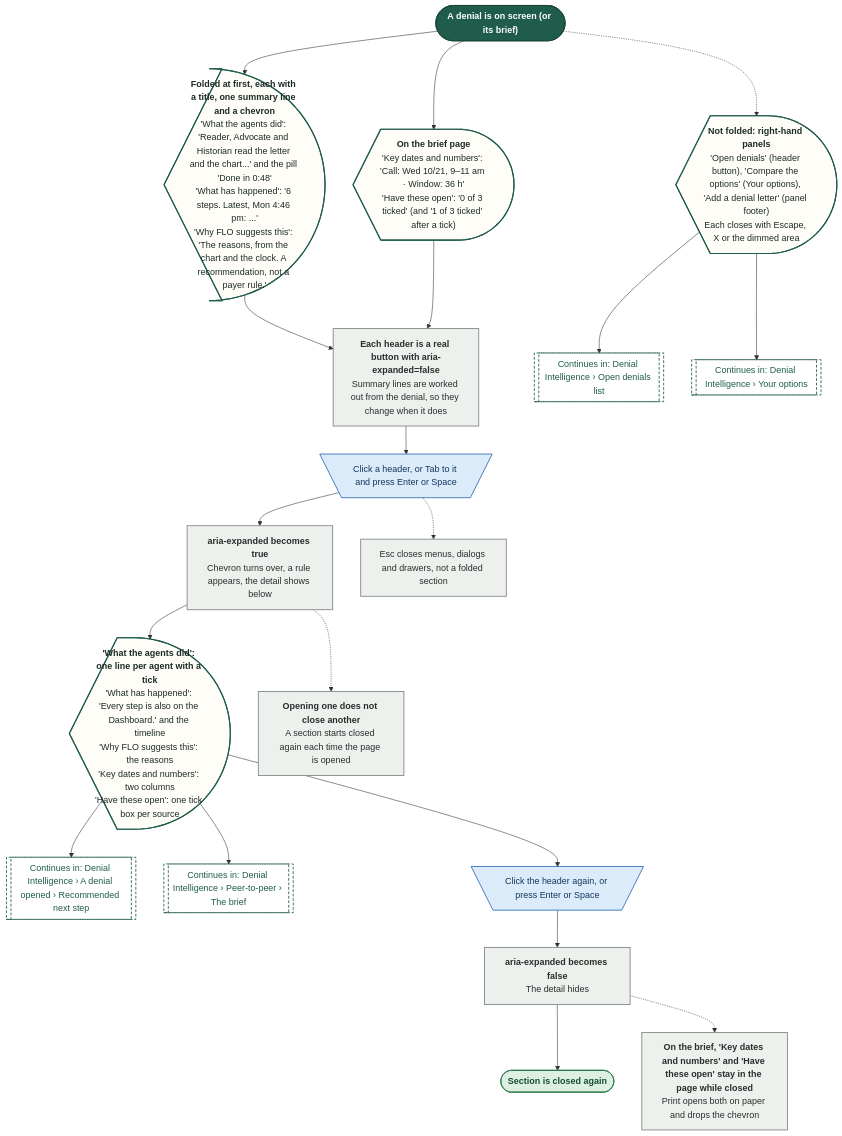
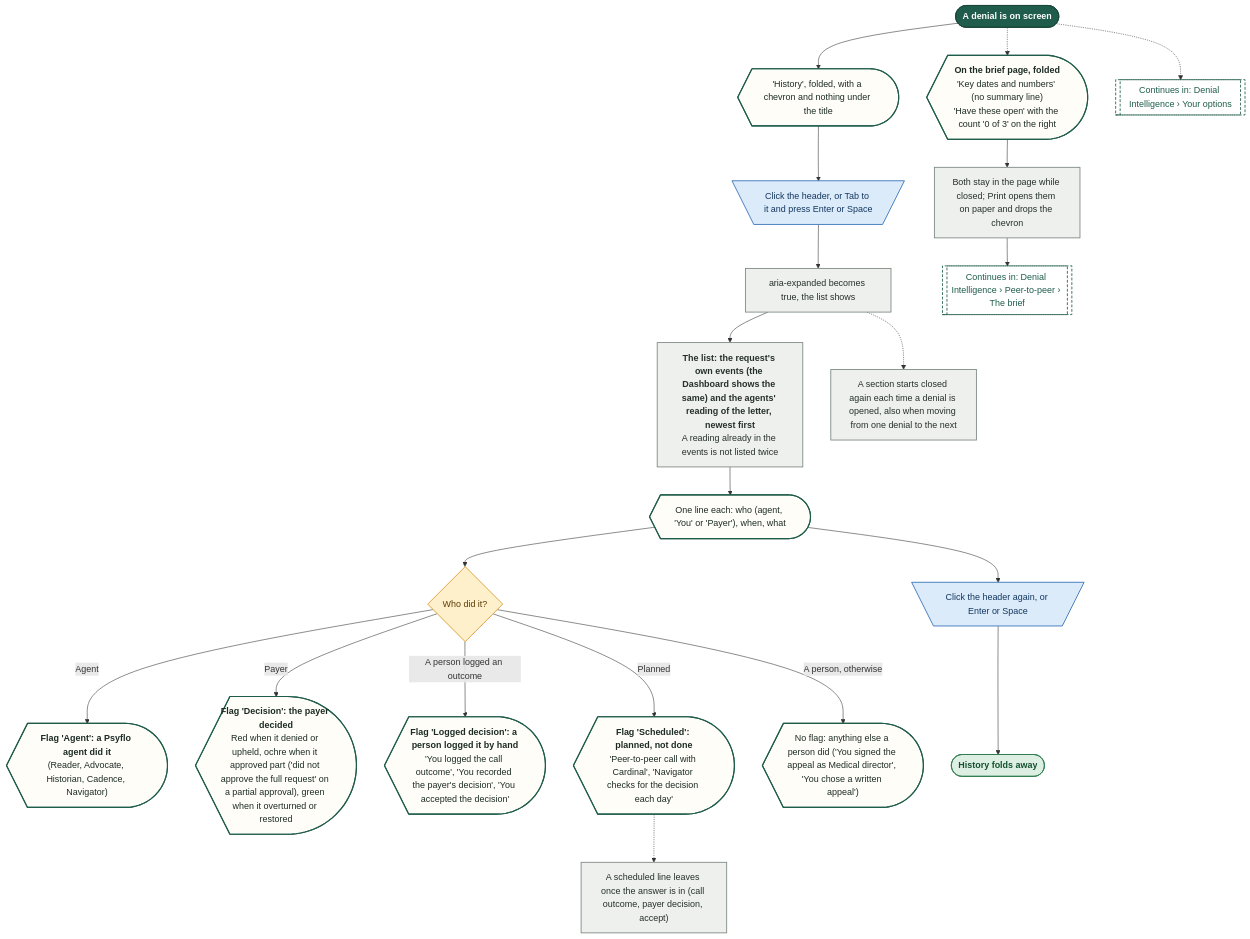
Diagram 16 of 28 in demos/prior-auth-demo/workflows/out/md/06-denials.md (Shrav143/psyfloapp), drawn with Mermaid before and after one commit. The commit also changed other lines of this file and 202 other files, not shown here.

First line of the commit message:
docs: round 6 README, CONVENTIONS, spec section 17, diagram module blurbs and 336 rebuilt diagrams

````diff
--- a/demos/prior-auth-demo/workflows/out/md/06-denials.md
+++ b/demos/prior-auth-demo/workflows/out/md/06-denials.md
@@ -1281,57 +1156,58 @@
 ```mermaid
 %%{init: {"theme":"base","themeVariables":{"fontFamily":"'DM Sans', 'Segoe UI', system-ui, sans-serif","fontSize":"15px","lineColor":"#5B6B63","primaryTextColor":"#1C2B25","clusterBkg":"#FBF8F3","clusterBorder":"#D9CDBB","edgeLabelBackground":"#FFFFFF"},"flowchart":{"curve":"basis","nodeSpacing":36,"rankSpacing":48,"padding":12,"htmlLabels":true,"useMaxWidth":false,"wrappingWidth":230}} }%%
 flowchart TD
   classDef k_start fill:#1F5C4B,stroke:#174638,color:#FFFFFF,stroke-width:1.5px,font-weight:600
   classDef k_end fill:#DDEFE3,stroke:#2E7D4F,color:#14502F,stroke-width:1.5px,font-weight:600
   classDef k_endx fill:#FBE3E0,stroke:#C0392B,color:#7A1F16,stroke-width:1.5px,font-weight:600
   classDef k_screen fill:#FFFDF8,stroke:#1F5C4B,color:#1C2B25,stroke-width:2px
   classDef k_overlay fill:#F1F7F3,stroke:#1F5C4B,color:#1C2B25,stroke-width:2px,stroke-dasharray:5 3
   classDef k_click fill:#DCEBFA,stroke:#2F6DB5,color:#12365F,stroke-width:1.5px
   classDef k_input fill:#E4E7FF,stroke:#4C5FD5,color:#1D2670,stroke-width:1.5px
   classDef k_process fill:#EEF0EE,stroke:#7A857F,color:#26302B,stroke-width:1.5px
   classDef k_agent fill:#EEE5FA,stroke:#7A4FC2,color:#341A63,stroke-width:1.5px
   classDef k_decision fill:#FFF0CC,stroke:#D9962B,color:#5C3B00,stroke-width:1.5px
   classDef k_store fill:#D5F0EA,stroke:#1C8E7B,color:#0B4A3F,stroke-width:1.5px
   classDef k_doc fill:#F6E9DC,stroke:#B07A4C,color:#4A2E14,stroke-width:1.5px
   classDef k_ext fill:#FFE6D2,stroke:#E07B39,color:#6B2F06,stroke-width:1.5px
   classDef k_wait fill:#E4E8EE,stroke:#6B7C93,color:#26303D,stroke-width:1.5px
   classDef k_toast fill:#FFF9DB,stroke:#C9A400,color:#5A4A00,stroke-width:1.5px
   classDef k_goto fill:#FFFFFF,stroke:#1F5C4B,color:#1F5C4B,stroke-width:1.5px,stroke-dasharray:5 3
-  s1@{ shape: stadium, label: "A denial is on screen (or its brief)" }
-  f1@{ shape: curv-trap, label: "<b>Folded at first, each with a title, one summary line and a chevron</b><br/>'What the agents did': 'Reader, Advocate and Historian read the letter and the chart...' and the pill 'Done in 0:48'<br/>'What has happened': '6 steps. Latest, Mon 4:46 pm: ...'<br/>'Why FLO suggests this': 'The reasons, from the chart and the clock. A recommendation, not a payer rule.'" }
-  f2@{ shape: curv-trap, label: "<b>On the brief page</b><br/>'Key dates and numbers': 'Call: Wed 10/21, 9–11 am · Window: 36 h'<br/>'Have these open': '0 of 3 ticked' (and '1 of 3 ticked' after a tick)" }
-  pa@{ shape: rect, label: "<b>Each header is a real button with aria-expanded=false</b><br/>Summary lines are worked out from the denial, so they change when it does" }
-  pn@{ shape: curv-trap, label: "<b>Not folded: right-hand panels</b><br/>'Open denials' (header button), 'Compare the options' (Your options), 'Add a denial letter' (panel footer)<br/>Each closes with Escape, X or the dimmed area" }
-  g1@{ shape: subproc, label: "Continues in: Denial Intelligence › Open denials list" }
+  s1@{ shape: stadium, label: "A denial is on screen" }
+  f1@{ shape: curv-trap, label: "'History', folded, with a chevron and nothing under the title" }
+  c1@{ shape: trap-t, label: "Click the header, or Tab to it and press Enter or Space" }
+  p1@{ shape: rect, label: "aria-expanded becomes true, the list shows" }
+  pm@{ shape: rect, label: "<b>The list: the request's own events (the Dashboard shows the same) and the agents' reading of the letter, newest first</b><br/>A reading already in the events is not listed twice" }
+  h1@{ shape: curv-trap, label: "One line each: who (agent, 'You' or 'Payer'), when, what" }
+  dq@{ shape: diam, label: "Who did it?" }
+  fa@{ shape: curv-trap, label: "<b>Flag 'Agent': a Psyflo agent did it</b><br/>(Reader, Advocate, Historian, Cadence, Navigator)" }
+  fd@{ shape: curv-trap, label: "<b>Flag 'Decision': the payer decided</b><br/>Red when it denied or upheld, ochre when it approved part ('did not approve the full request' on a partial approval), green when it overturned or restored" }
+  fl@{ shape: curv-trap, label: "<b>Flag 'Logged decision': a person logged it by hand</b><br/>'You logged the call outcome', 'You recorded the payer's decision', 'You accepted the decision'" }
+  fs@{ shape: curv-trap, label: "<b>Flag 'Scheduled': planned, not done</b><br/>'Peer-to-peer call with Cardinal', 'Navigator checks for the decision each day'" }
+  fn@{ shape: curv-trap, label: "No flag: anything else a person did ('You signed the appeal as Medical director', 'You chose a written appeal')" }
+  px@{ shape: rect, label: "A scheduled line leaves once the answer is in (call outcome, payer decision, accept)" }
+  c2@{ shape: trap-t, label: "Click the header again, or Enter or Space" }
+  e1@{ shape: stadium, label: "History folds away" }
+  f2@{ shape: curv-trap, label: "<b>On the brief page, folded</b><br/>'Key dates and numbers' (no summary line)<br/>'Have these open' with the count '0 of 3' on the right" }
+  p4@{ shape: rect, label: "Both stay in the page while closed; Print opens them on paper and drops the chevron" }
+  p6@{ shape: rect, label: "A section starts closed again each time a denial is opened, also when moving from one denial to the next" }
+  g3@{ shape: subproc, label: "Continues in: Denial Intelligence › Peer-to-peer › The brief" }
   g4@{ shape: subproc, label: "Continues in: Denial Intelligence › Your options" }
-  c1@{ shape: trap-t, label: "Click a header, or Tab to it and press Enter or Space" }
-  p1@{ shape: rect, label: "<b>aria-expanded becomes true</b><br/>Chevron turns over, a rule appears, the detail shows below" }
-  d1@{ shape: curv-trap, label: "<b>'What the agents did': one line per agent with a tick</b><br/>'What has happened': 'Every step is also on the Dashboard.' and the timeline<br/>'Why FLO suggests this': the reasons<br/>'Key dates and numbers': two columns<br/>'Have these open': one tick box per source" }
-  g2@{ shape: subproc, label: "Continues in: Denial Intelligence › A denial opened › Recommended next step" }
-  g3@{ shape: subproc, label: "Continues in: Denial Intelligence › Peer-to-peer › The brief" }
-  c2@{ shape: trap-t, label: "Click the header again, or press Enter or Space" }
-  p2@{ shape: rect, label: "<b>aria-expanded becomes false</b><br/>The detail hides" }
-  p4@{ shape: rect, label: "<b>On the brief, 'Key dates and numbers' and 'Have these open' stay in the page while closed</b><br/>Print opens both on paper and drops the chevron" }
-  p5@{ shape: rect, label: "Esc closes menus, dialogs and drawers, not a folded section" }
-  p6@{ shape: rect, label: "<b>Opening one does not close another</b><br/>A section starts closed again each time the page is opened" }
-  e1@{ shape: stadium, label: "Section is closed again" }
-  s1 --> f1 --> pa
-  s1 --> f2 --> pa
-  s1 -.-> pn
-  pn --> g1
-  pn --> g4
-  pa --> c1 --> p1
-  p1 --> d1
-  d1 --> g2
-  d1 --> g3
-  d1 --> c2 --> p2 --> e1
-  p2 -.-> p4
+  s1 --> f1 --> c1 --> p1 --> pm --> h1 --> dq
+  dq -->|"Agent"| fa
+  dq -->|"Payer"| fd
+  dq -->|"A person logged an outcome"| fl
+  dq -->|"Planned"| fs
+  dq -->|"A person, otherwise"| fn
+  fs -.-> px
+  h1 --> c2 --> e1
   p1 -.-> p6
-  c1 -.-> p5
+  s1 -.-> g4
+  s1 -.-> f2 --> p4 --> g3
   class s1 k_start
-  class f1,f2,pn,d1 k_screen
-  class pa,p1,p2,p4,p5,p6 k_process
-  class g1,g4,g2,g3 k_goto
+  class f1,h1,fa,fd,fl,fs,fn,f2 k_screen
   class c1,c2 k_click
+  class p1,pm,px,p4,p6 k_process
+  class dq k_decision
   class e1 k_end
+  class g3,g4 k_goto
 ```
````
